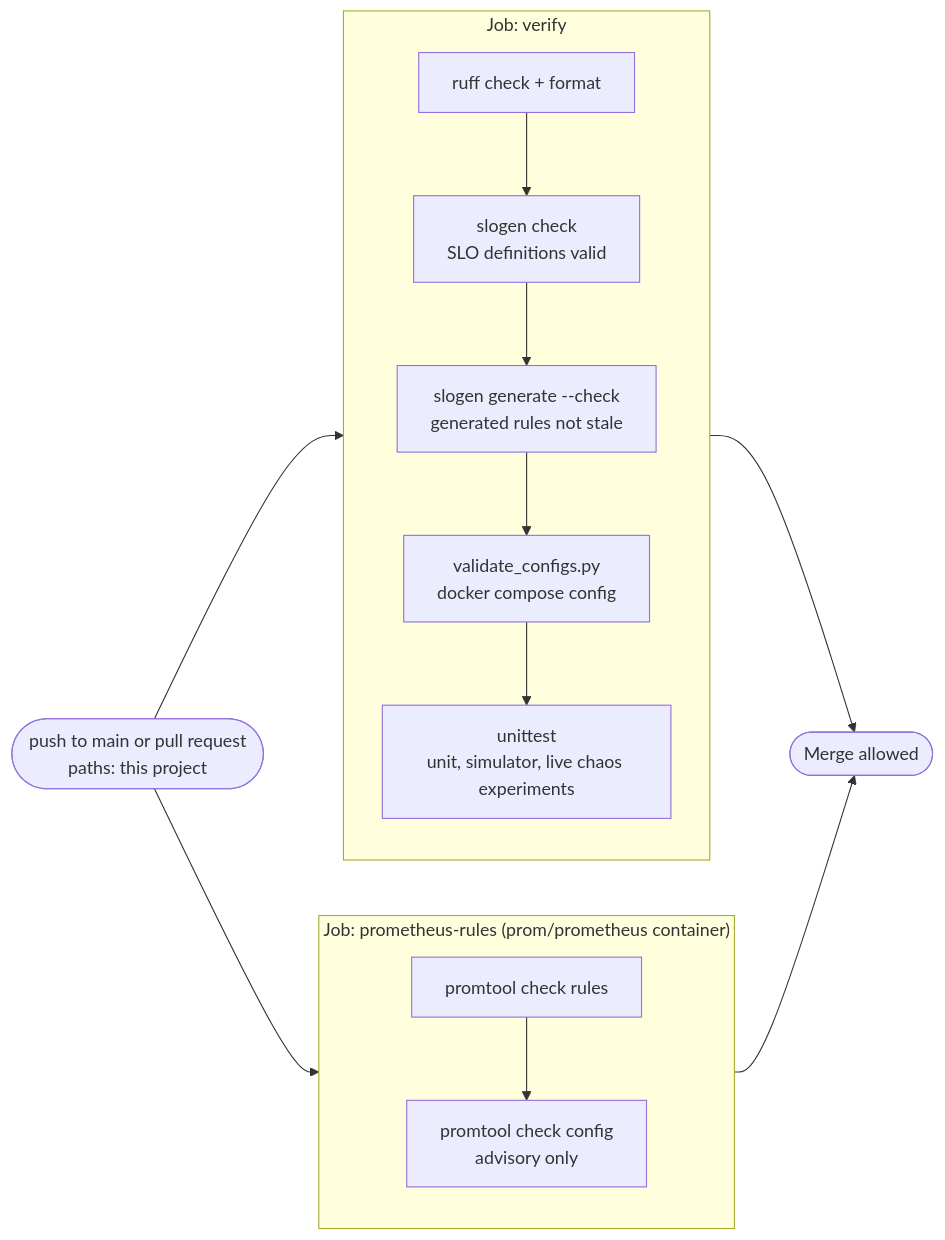
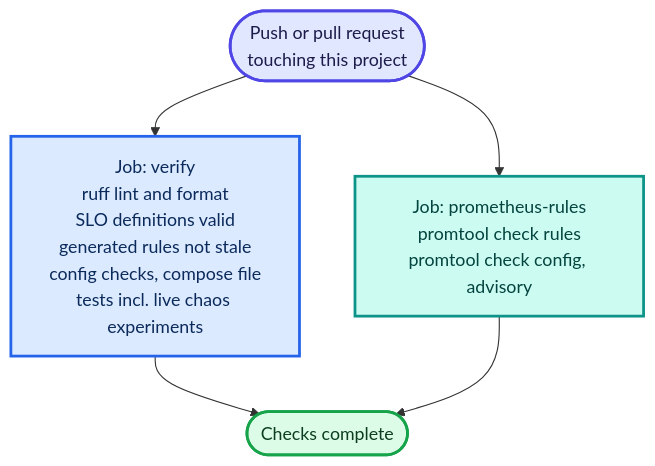
Before and after one commit to Joxejaime/Projects-2026: the fifth of 5 diagrams in projects/sre-reliability-lab/docs/schematics/README.md, drawn with Mermaid. The commit also changed other lines of this file and 62 other files, not shown here.

First line of the commit message:
Colour the schematics and add LinkedIn cards and carousels

````diff
--- a/projects/sre-reliability-lab/docs/schematics/README.md
+++ b/projects/sre-reliability-lab/docs/schematics/README.md
@@ -141,21 +182,25 @@
 ```mermaid
 %% title: Delivery pipeline (GitHub Actions)
+%% headline: Stale alert rules fail the build
+%% takeaway: CI regenerates the rules from the SLO file and runs Prometheus' own checker.
+%% legend: entry=Trigger,app=Verify job,guard=Prometheus job,ok=Checks complete
 %% caption: .github/workflows/sre-reliability-lab.yml at the repository root. The verify job runs the same checks as make lint, check and test. The promtool job runs Prometheus' own checker on the generated rules, which is the authoritative syntax check that could not be run in the build environment.
-flowchart LR
-    trigger(["push to main or pull request<br/>paths: this project"])
-
-    subgraph verify["Job: verify"]
-        direction TB
-        v1["ruff check + format"] --> v2["slogen check<br/>SLO definitions valid"] --> v3["slogen generate --check<br/>generated rules not stale"] --> v4["validate_configs.py<br/>docker compose config"] --> v5["unittest<br/>unit, simulator, live chaos experiments"]
-    end
-
-    subgraph prom["Job: prometheus-rules (prom/prometheus container)"]
-        direction TB
-        p1["promtool check rules"] --> p2["promtool check config<br/>advisory only"]
-    end
-
+flowchart TB
+    trigger(["Push or pull request<br/>touching this project"])
+    verify["Job: verify<br/>ruff lint and format<br/>SLO definitions valid<br/>generated rules not stale<br/>config checks, compose file<br/>tests incl. live chaos experiments"]
+    prom["Job: prometheus-rules<br/>promtool check rules<br/>promtool check config, advisory"]
+    ok(["Checks complete"])
     trigger --> verify
     trigger --> prom
-    verify --> ok(["Merge allowed"])
+    verify --> ok
     prom --> ok
+
+    classDef entry fill:#E0E7FF,stroke:#4F46E5,stroke-width:2.5px,color:#1E1B4B
+    classDef app fill:#DBEAFE,stroke:#2563EB,stroke-width:2.5px,color:#0B2A5B
+    classDef guard fill:#CCFBF1,stroke:#0D9488,stroke-width:2.5px,color:#04443F
+    classDef ok fill:#DCFCE7,stroke:#16A34A,stroke-width:2.5px,color:#0B3D1E
+    class trigger entry
+    class verify app
+    class prom guard
+    class ok ok
 ```
````
